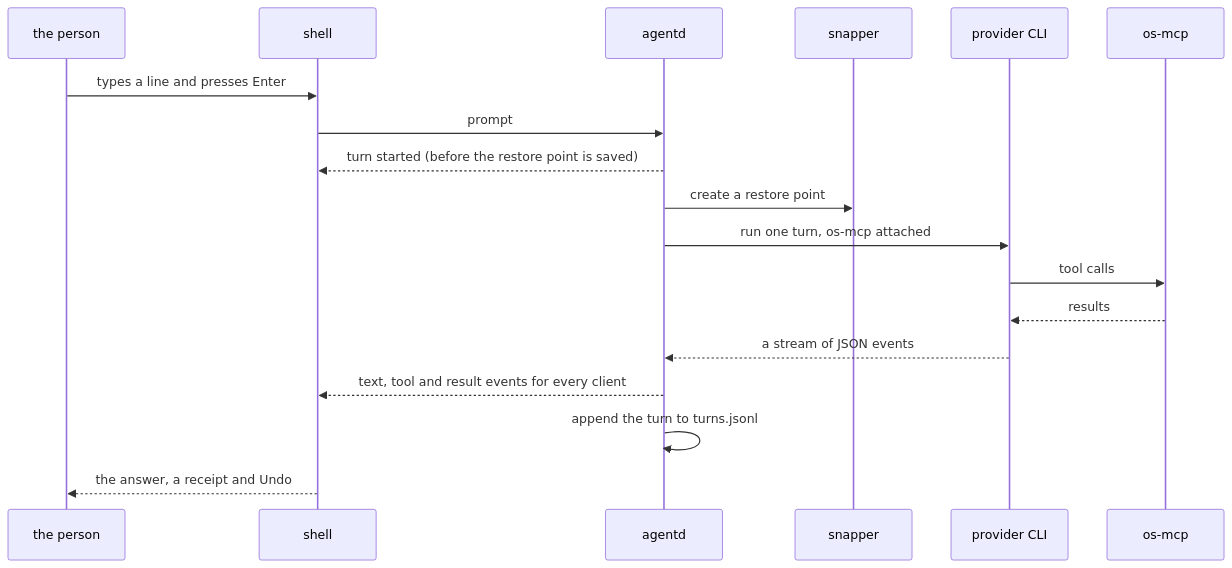
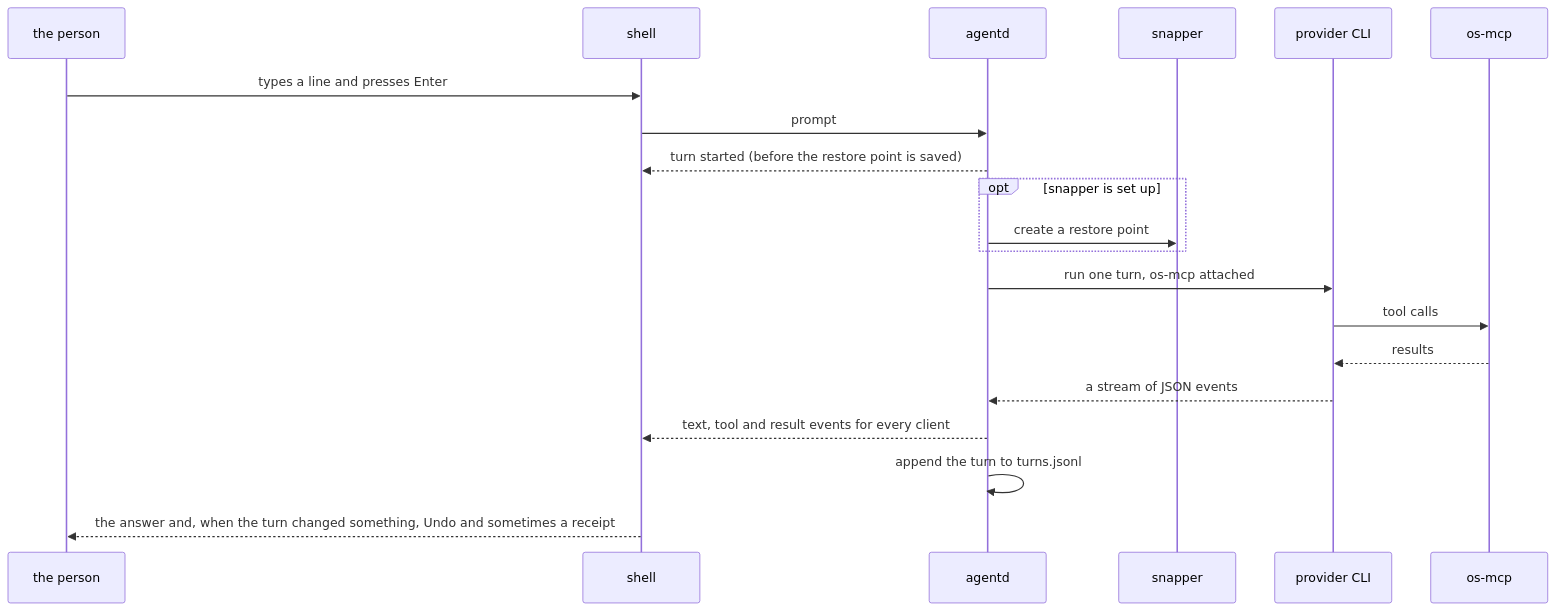
One commit to thedefaultman/Bombadil changed the second of 2 diagrams in docs/ARCHITECTURE.md. Above: the diagram before and after it, drawn with Mermaid. The commit also changed other lines of this file and 7 other files, not shown here.

````diff
--- a/docs/ARCHITECTURE.md
+++ b/docs/ARCHITECTURE.md
@@ -49,20 +50,22 @@
 ```mermaid
 sequenceDiagram
     participant P as the person
     participant S as shell
     participant A as agentd
     participant R as snapper
     participant C as provider CLI
     participant M as os-mcp
     P->>S: types a line and presses Enter
     S->>A: prompt
     A-->>S: turn started (before the restore point is saved)
-    A->>R: create a restore point
+    opt snapper is set up
+        A->>R: create a restore point
+    end
     A->>C: run one turn, os-mcp attached
     C->>M: tool calls
     M-->>C: results
     C-->>A: a stream of JSON events
     A-->>S: text, tool and result events for every client
     A->>A: append the turn to turns.jsonl
-    S-->>P: the answer, a receipt and Undo
+    S-->>P: the answer and, when the turn changed something, Undo and sometimes a receipt
 ```
````
